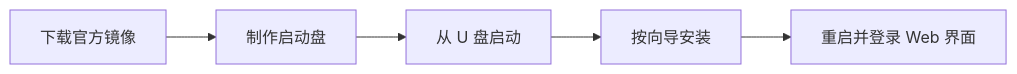
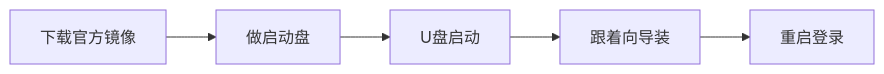
One commit to cv-superding/nas-guide changed the diagram in docs/04-第一次搭建/4.2-系统安装.md. Above: the diagram before and after it, drawn with Mermaid. The commit also changed other lines of this file and 4 other files, not shown here.

````diff
--- a/docs/04-第一次搭建/4.2-系统安装.md
+++ b/docs/04-第一次搭建/4.2-系统安装.md
@@ -19,7 +13,4 @@
 ```mermaid
 flowchart LR
-    A[下载官方镜像] --> B[制作启动盘]
-    B --> C[从 U 盘启动]
-    C --> D[按向导安装]
-    D --> E[重启并登录 Web 界面]
+    A[下载官方镜像] --> B[做启动盘] --> C[U盘启动] --> D[跟着向导装] --> E[重启登录]
 ```
````
